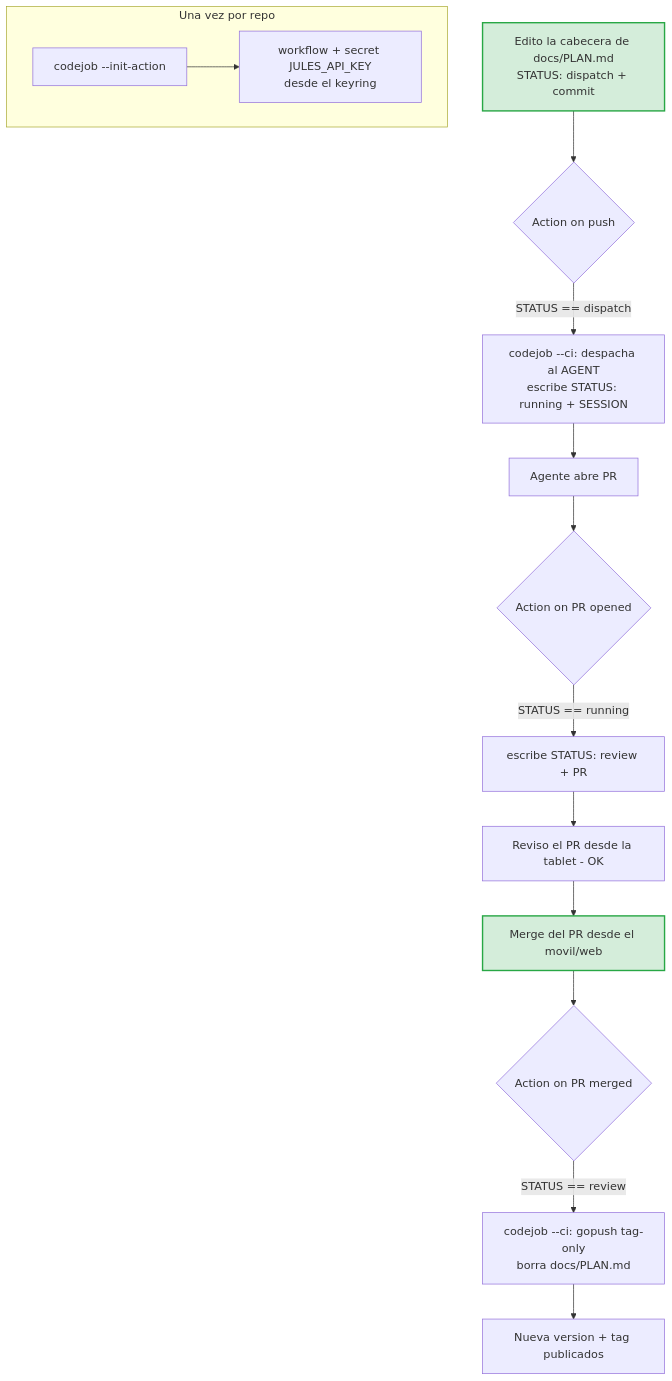
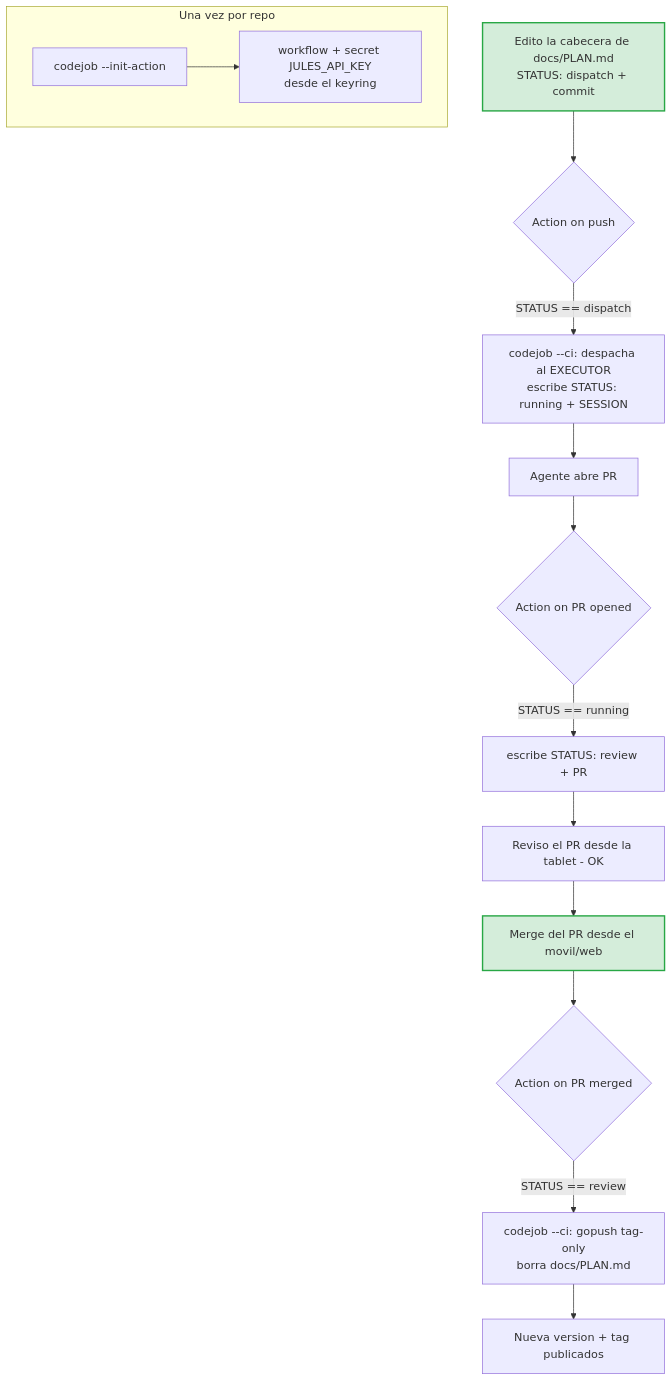
One commit to tinywasm/devflow changed the third of 3 diagrams in docs/PLAN.md. Above: the diagram before and after it, drawn with Mermaid. The commit also changed other lines of this file, not shown here.

First line of the commit message:
docs: add agent role axis (executor + reviewer) to the codejob flow

````diff
--- a/docs/PLAN.md
+++ b/docs/PLAN.md
@@ -217,20 +281,20 @@
 ```mermaid
 flowchart TD
     subgraph SETUP["Una vez por repo"]
         S1[codejob --init-action] --> S2[workflow + secret JULES_API_KEY<br/>desde el keyring]
     end
 
     A[Edito la cabecera de docs/PLAN.md<br/>STATUS: dispatch + commit] --> GA1{Action on push}
-    GA1 -->|STATUS == dispatch| B[codejob --ci: despacha al AGENT<br/>escribe STATUS: running + SESSION]
+    GA1 -->|STATUS == dispatch| B[codejob --ci: despacha al EXECUTOR<br/>escribe STATUS: running + SESSION]
     B --> C[Agente abre PR]
     C --> GA2{Action on PR opened}
     GA2 -->|STATUS == running| R[escribe STATUS: review + PR]
     R --> D[Reviso el PR desde la tablet - OK]
     D --> E[Merge del PR desde el movil/web]
     E --> GA3{Action on PR merged}
     GA3 -->|STATUS == review| P[codejob --ci: gopush tag-only<br/>borra docs/PLAN.md]
     P --> I[Nueva version + tag publicados]
 
     style A fill:#d4edda,stroke:#28a745,stroke-width:2px
     style E fill:#d4edda,stroke:#28a745,stroke-width:2px
 ```
````
